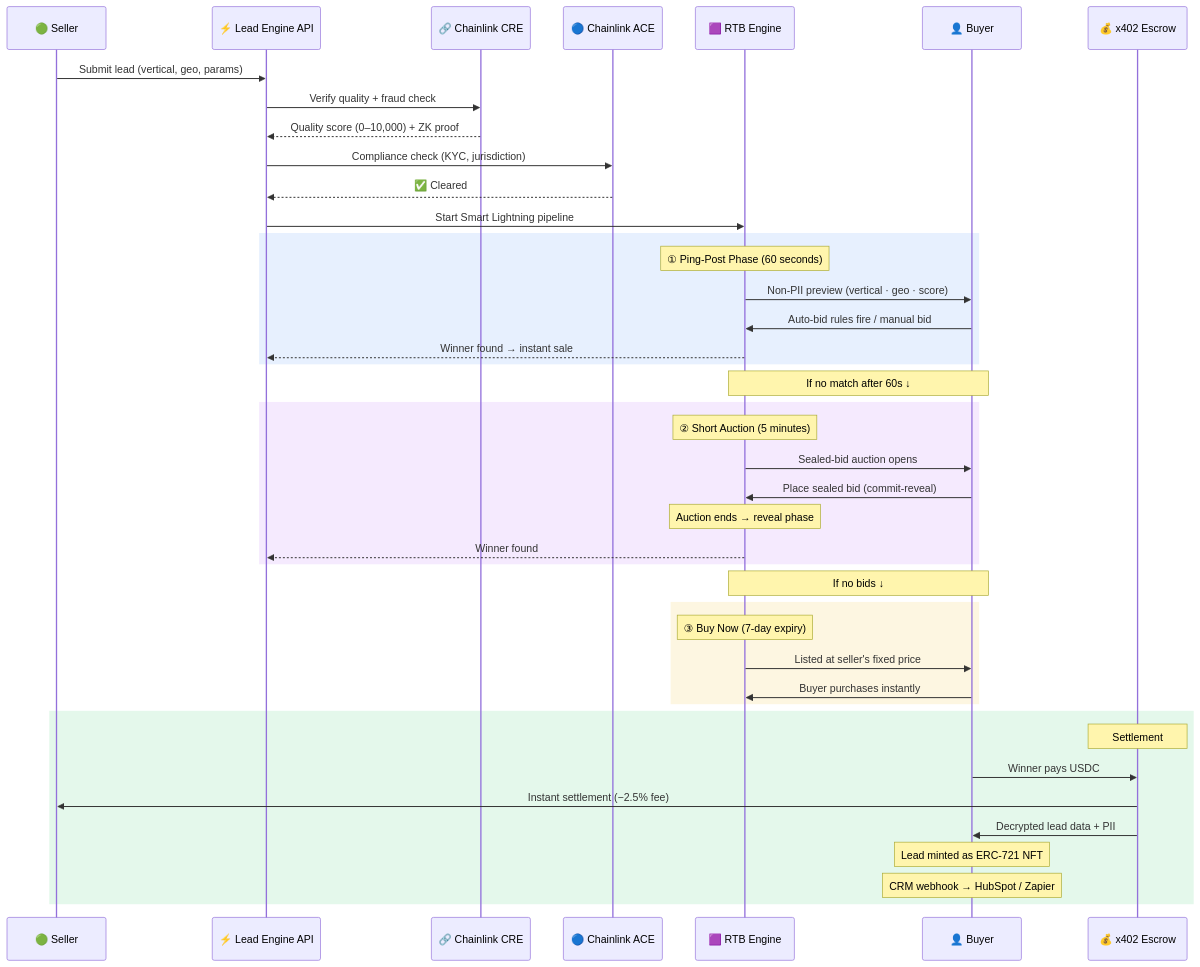
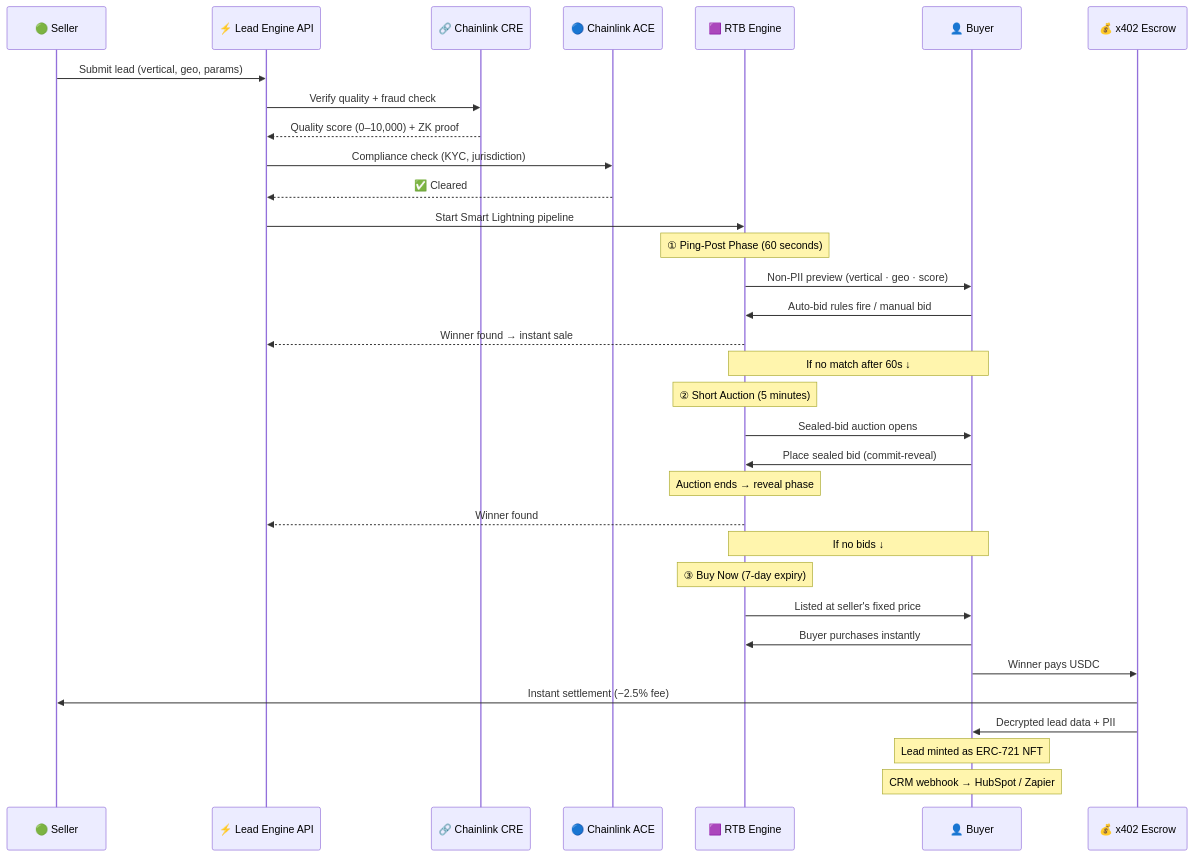
Before and after one commit to bnmbnmai/lead-engine-cre: the first of 2 diagrams in README.md, drawn with Mermaid.

Commit message:
docs: remove colored rect backgrounds from sequence diagram for cleaner look

````diff
--- a/README.md
+++ b/README.md
@@ -50,54 +50,45 @@
 ```mermaid
 sequenceDiagram
     participant S as 🟢 Seller
     participant API as ⚡ Lead Engine API
     participant CRE as 🔗 Chainlink CRE
     participant ACE as 🔵 Chainlink ACE
     participant RTB as 🟪 RTB Engine
     participant B as 👤 Buyer
     participant X as 💰 x402 Escrow
 
     S->>API: Submit lead (vertical, geo, params)
 
     API->>CRE: Verify quality + fraud check
     CRE-->>API: Quality score (0–10,000) + ZK proof
 
     API->>ACE: Compliance check (KYC, jurisdiction)
     ACE-->>API: ✅ Cleared
 
     API->>RTB: Start Smart Lightning pipeline
 
-    rect rgba(59, 130, 246, 0.12)
-        Note over RTB: ① Ping-Post Phase (60 seconds)
-        RTB->>B: Non-PII preview (vertical · geo · score)
-        B->>RTB: Auto-bid rules fire / manual bid
-        RTB-->>API: Winner found → instant sale
-    end
+    Note over RTB: ① Ping-Post Phase (60 seconds)
+    RTB->>B: Non-PII preview (vertical · geo · score)
+    B->>RTB: Auto-bid rules fire / manual bid
+    RTB-->>API: Winner found → instant sale
 
     Note over RTB,B: If no match after 60s ↓
 
-    rect rgba(168, 85, 247, 0.12)
-        Note over RTB: ② Short Auction (5 minutes)
-        RTB->>B: Sealed-bid auction opens
-        B->>RTB: Place sealed bid (commit-reveal)
-        Note over RTB: Auction ends → reveal phase
-        RTB-->>API: Winner found
-    end
+    Note over RTB: ② Short Auction (5 minutes)
+    RTB->>B: Sealed-bid auction opens
+    B->>RTB: Place sealed bid (commit-reveal)
+    Note over RTB: Auction ends → reveal phase
+    RTB-->>API: Winner found
 
     Note over RTB,B: If no bids ↓
 
-    rect rgba(234, 179, 8, 0.12)
-        Note over RTB: ③ Buy Now (7-day expiry)
-        RTB->>B: Listed at seller's fixed price
-        B->>RTB: Buyer purchases instantly
-    end
+    Note over RTB: ③ Buy Now (7-day expiry)
+    RTB->>B: Listed at seller's fixed price
+    B->>RTB: Buyer purchases instantly
 
-    rect rgba(34, 197, 94, 0.12)
-        Note over X: Settlement
-        B->>X: Winner pays USDC
-        X->>S: Instant settlement (−2.5% fee)
-        X->>B: Decrypted lead data + PII
-        Note over B: Lead minted as ERC-721 NFT
-        Note over B: CRM webhook → HubSpot / Zapier
-    end
+    B->>X: Winner pays USDC
+    X->>S: Instant settlement (−2.5% fee)
+    X->>B: Decrypted lead data + PII
+    Note over B: Lead minted as ERC-721 NFT
+    Note over B: CRM webhook → HubSpot / Zapier
 ```
````
